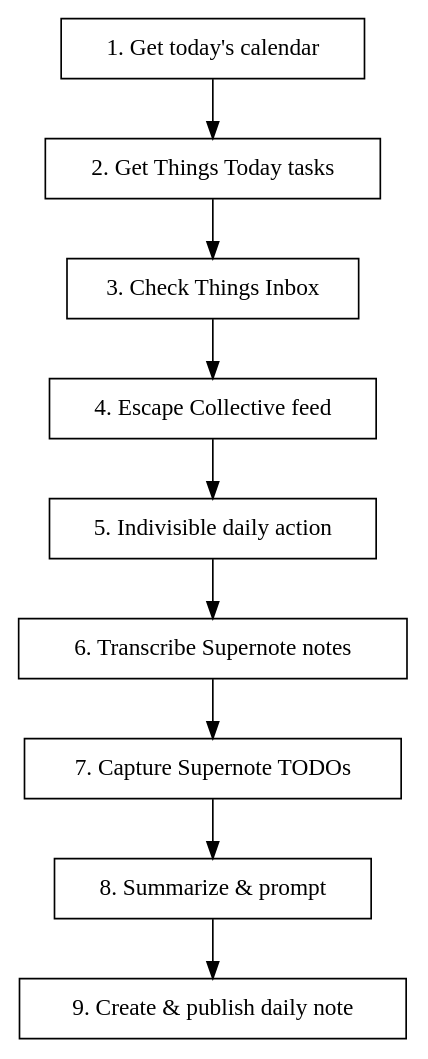
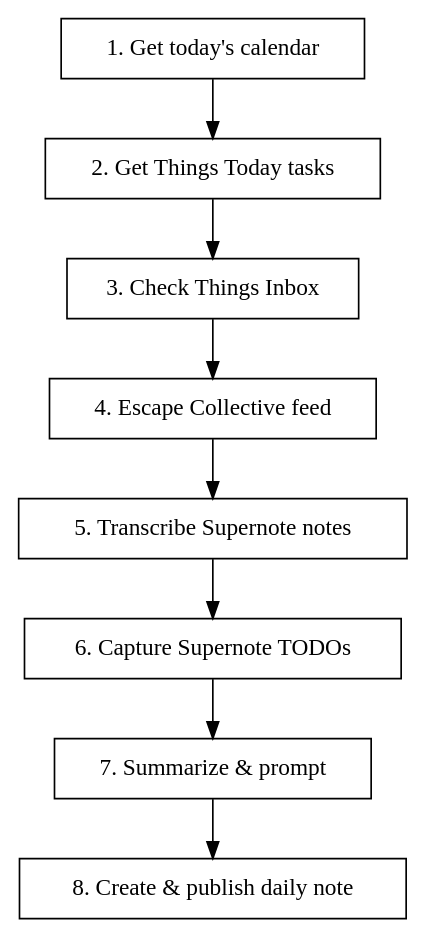
Before and after one commit to jhuggart/dotfiles: the diagram in claude/skills/daily/SKILL.md, drawn with Graphviz. The commit also changed other lines of this file, not shown here.

Commit message:
Remove Indivisible Daily Action from daily skill

````diff
--- a/claude/skills/daily/SKILL.md
+++ b/claude/skills/daily/SKILL.md
@@ -10,15 +10,14 @@
 ```dot
 digraph daily {
     rankdir=TB;
     node [shape=box];
 
     "1. Get today's calendar" -> "2. Get Things Today tasks";
     "2. Get Things Today tasks" -> "3. Check Things Inbox";
     "3. Check Things Inbox" -> "4. Escape Collective feed";
-    "4. Escape Collective feed" -> "5. Indivisible daily action";
-    "5. Indivisible daily action" -> "6. Transcribe Supernote notes";
-    "6. Transcribe Supernote notes" -> "7. Capture Supernote TODOs";
-    "7. Capture Supernote TODOs" -> "8. Summarize & prompt";
-    "8. Summarize & prompt" -> "9. Create & publish daily note";
+    "4. Escape Collective feed" -> "5. Transcribe Supernote notes";
+    "5. Transcribe Supernote notes" -> "6. Capture Supernote TODOs";
+    "6. Capture Supernote TODOs" -> "7. Summarize & prompt";
+    "7. Summarize & prompt" -> "8. Create & publish daily note";
 }
 ```
````
